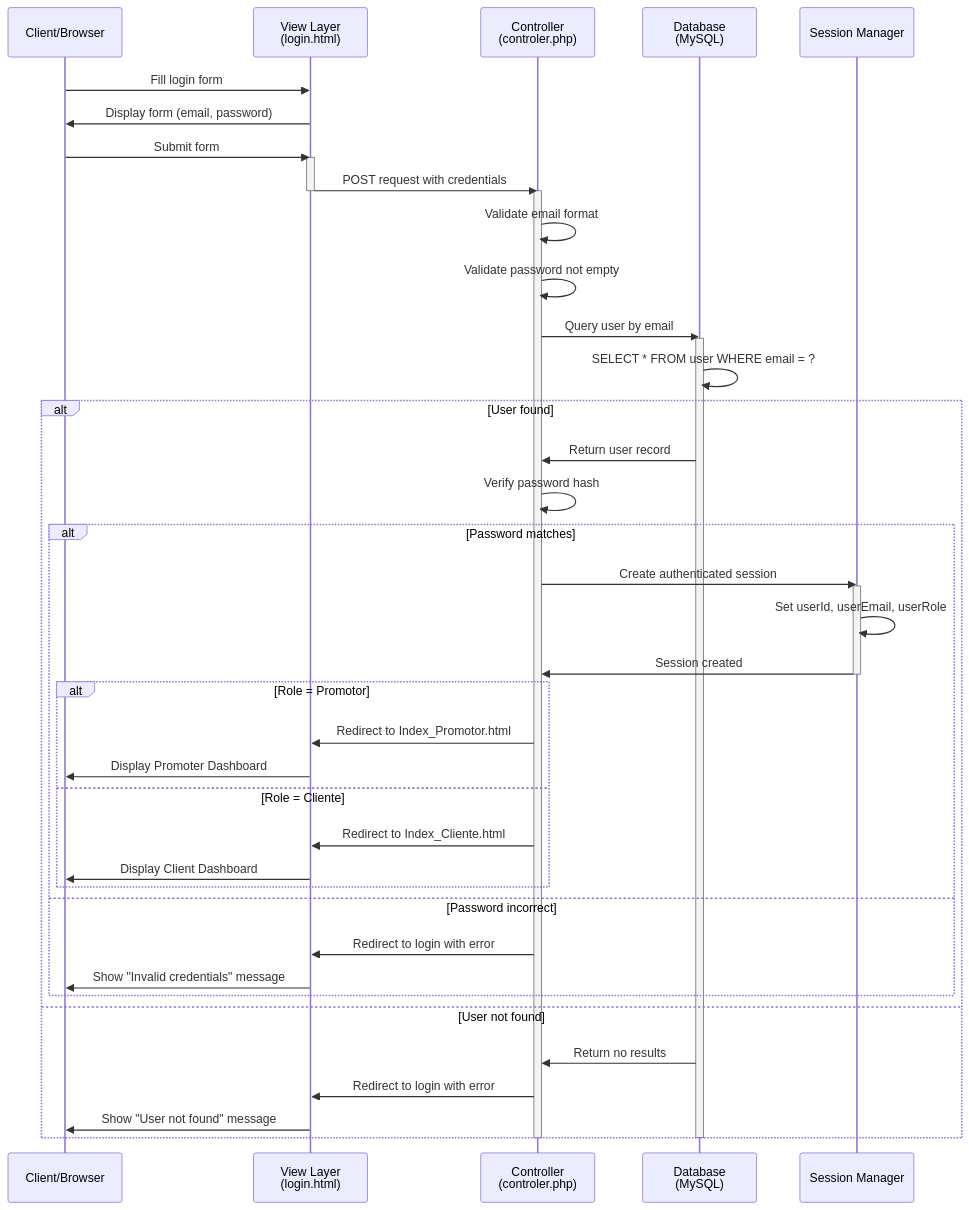
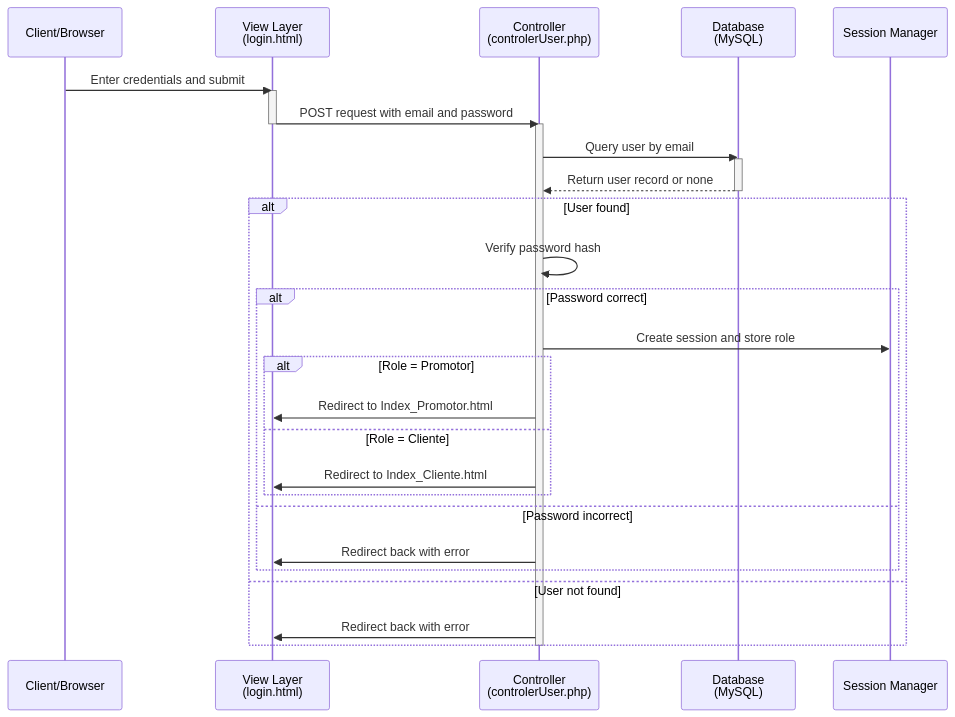
Before and after one commit to JohnnyRib/Zentry: the third of 4 diagrams in README.md, drawn with Mermaid. The commit also changed other lines of this file, not shown here.

````diff
--- a/README.md
+++ b/README.md
@@ -193,52 +152,36 @@
 ```mermaid
 sequenceDiagram
     participant Client as Client/Browser
     participant View as View Layer<br/>(login.html)
-    participant Controller as Controller<br/>(controler.php)
+    participant Controller as Controller<br/>(controlerUser.php)
     participant Database as Database<br/>(MySQL)
     participant Session as Session Manager
 
-    Client->>View: Fill login form
-    View->>Client: Display form (email, password)
-    Client->>View: Submit form
+    Client->>View: Enter credentials and submit
     activate View
-    View->>Controller: POST request with credentials
+    View->>Controller: POST request with email and password
     deactivate View
-    
+
     activate Controller
-    Controller->>Controller: Validate email format
-    Controller->>Controller: Validate password not empty
-    
     Controller->>Database: Query user by email
     activate Database
-    Database->>Database: SELECT * FROM user WHERE email = ?
+    Database-->>Controller: Return user record or none
+    deactivate Database
+
     alt User found
-        Database->>Controller: Return user record
         Controller->>Controller: Verify password hash
-        
-        alt Password matches
-            Controller->>Session: Create authenticated session
-            activate Session
-            Session->>Session: Set userId, userEmail, userRole
-            Session->>Controller: Session created
-            deactivate Session
-            
+        alt Password correct
+            Controller->>Session: Create session and store role
             alt Role = Promotor
                 Controller->>View: Redirect to Index_Promotor.html
-                View->>Client: Display Promoter Dashboard
             else Role = Cliente
                 Controller->>View: Redirect to Index_Cliente.html
-                View->>Client: Display Client Dashboard
             end
         else Password incorrect
-            Controller->>View: Redirect to login with error
-            View->>Client: Show "Invalid credentials" message
+            Controller->>View: Redirect back with error
         end
     else User not found
-        Database->>Controller: Return no results
-        Controller->>View: Redirect to login with error
-        View->>Client: Show "User not found" message
+        Controller->>View: Redirect back with error
     end
-    deactivate Database
     deactivate Controller
 ```
````
